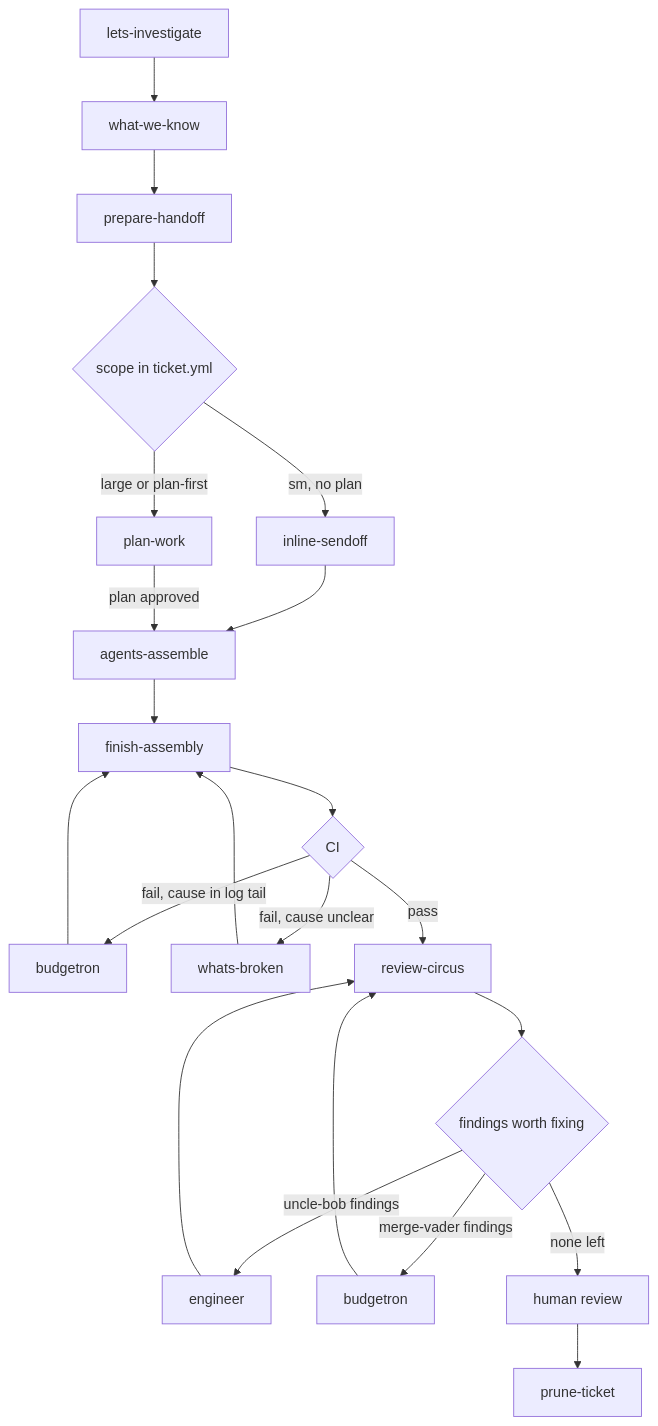
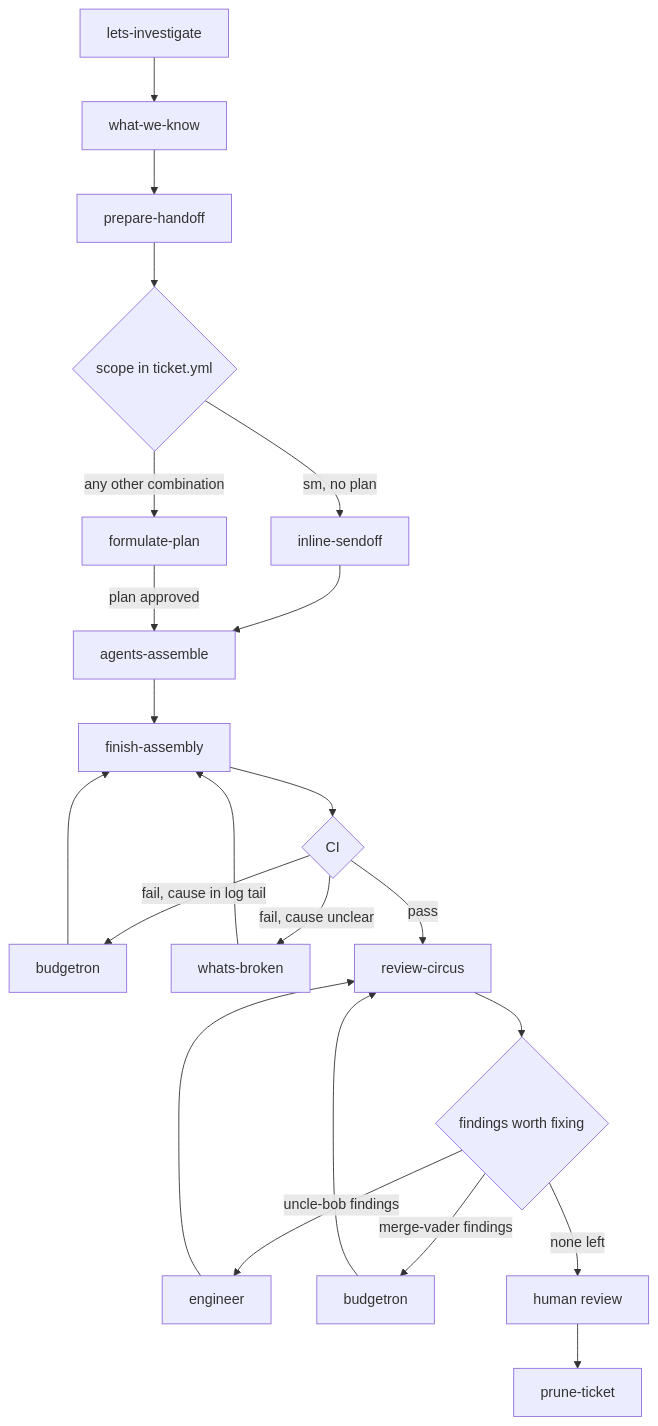
The first of 3 diagrams in docs/workflow.md (rhawk117/rygentic-harness), drawn with Mermaid before and after one commit. The commit also changed other lines of this file and 4 other files, not shown here.

````diff
--- a/docs/workflow.md
+++ b/docs/workflow.md
@@ -12,24 +12,24 @@
 ```mermaid
 flowchart TD
     A["lets-investigate"] --> B["what-we-know"]
     B --> C["prepare-handoff"]
     C --> D{"scope in ticket.yml"}
     D -->|"sm, no plan"| E["inline-sendoff"]
-    D -->|"large or plan-first"| F["plan-work"]
+    D -->|"any other combination"| F["formulate-plan"]
     E --> G["agents-assemble"]
     F -->|"plan approved"| G
     G --> H["finish-assembly"]
     H --> I{"CI"}
     I -->|"fail, cause in log tail"| SK["budgetron"]
     I -->|"fail, cause unclear"| WB["whats-broken"]
     SK --> H
     WB --> H
     I -->|"pass"| J["review-circus"]
     J --> K{"findings worth fixing"}
     K -->|"uncle-bob findings"| EN["engineer"]
     K -->|"merge-vader findings"| SK2["budgetron"]
     EN --> J
     SK2 --> J
     K -->|"none left"| L["human review"]
     L --> M["prune-ticket"]
 ```
````
